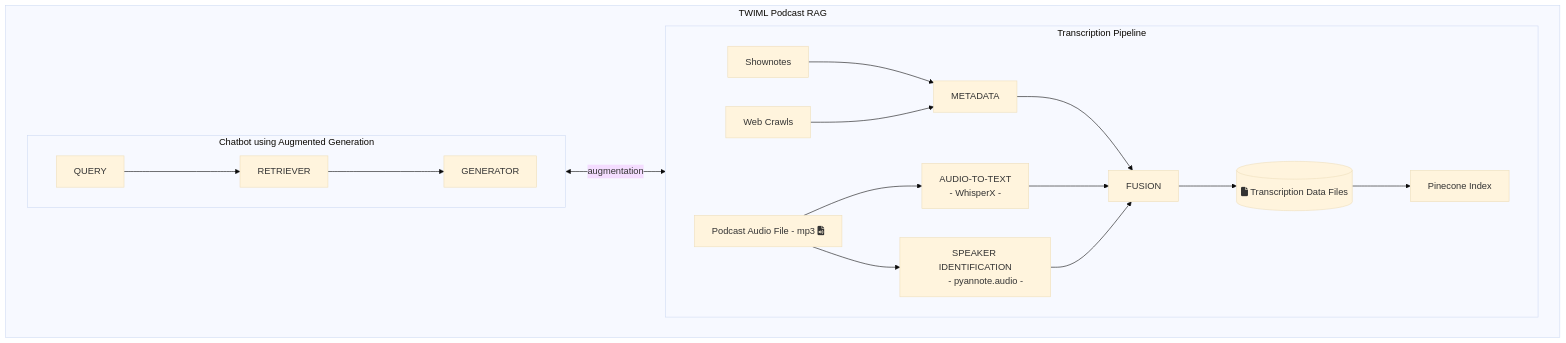
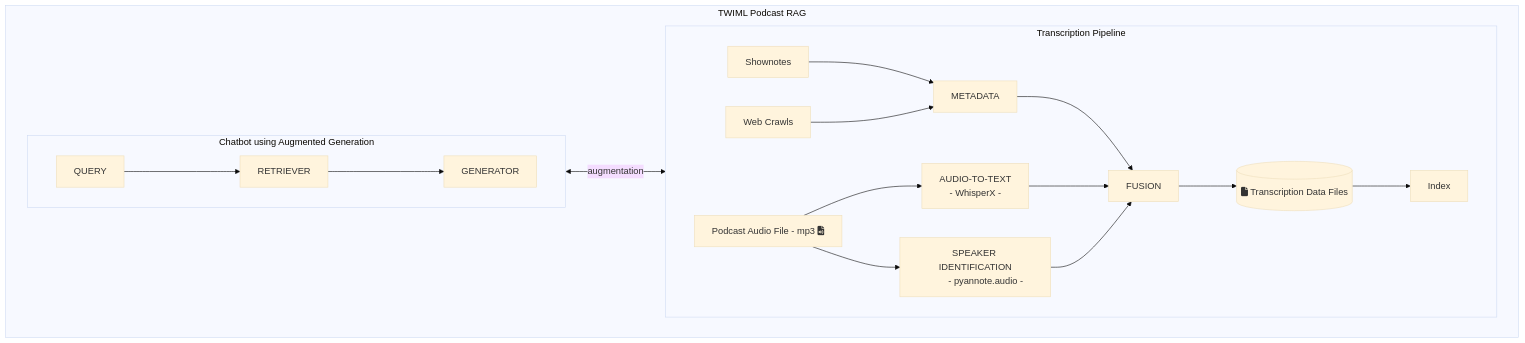
Before and after one commit to TWIML/TWIML-RAG: the diagram in README.md, drawn with Mermaid (base theme).

````diff
--- a/README.md
+++ b/README.md
@@ -11,25 +11,25 @@
 ```mermaid
 flowchart TB
   subgraph TWIML Podcast RAG
     subgraph Transcription Pipeline
         direction LR
         A[Podcast Audio File - mp3 fa:fa-file-audio] --> B["AUDIO-TO-TEXT
         - WhisperX -"]
         A --> C["SPEAKER IDENTIFICATION
         - pyannote.audio -"]
         G[Shownotes] --> H[METADATA]
         I[Web Crawls] --> H
         H --> D
         B --> D[FUSION]
         C --> D
         D --> E[(fa:fa-file Transcription Data Files)]
-        E --> F[Pinecone Index]
+        E --> F[Index]
     end
     subgraph "Chatbot using Augmented Generation"
         direction LR
             P[QUERY] ---> Q[RETRIEVER]
             Q ---> R[GENERATOR]
             Q <-- augmentation --> F
     end
   end
 ```
````
